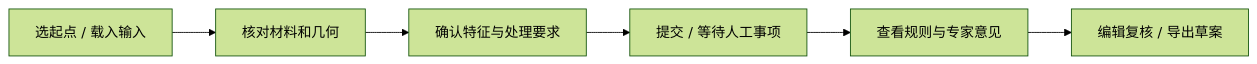
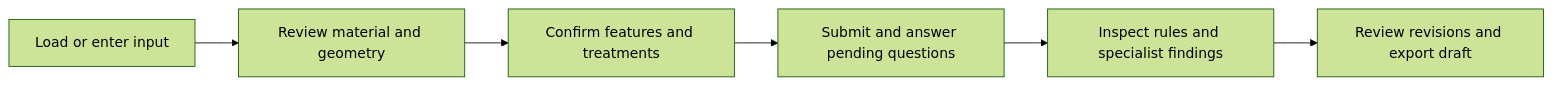
Before and after one commit to Taxueovo/Shaft-Machining-Planner: the diagram in docs/software-guide.md, drawn with Mermaid (forest theme). The commit also changed other lines of this file and 12 other files, not shown here.

````diff
--- a/docs/software-guide.md
+++ b/docs/software-guide.md
@@ -44,8 +49,8 @@
 ```mermaid
 flowchart LR
-  A[选起点 / 载入输入] --> B[核对材料和几何]
-  B --> C[确认特征与处理要求]
-  C --> D[提交 / 等待人工事项]
-  D --> E[查看规则与专家意见]
-  E --> F[编辑复核 / 导出草案]
+  A[Load or enter input] --> B[Review material and geometry]
+  B --> C[Confirm features and treatments]
+  C --> D[Submit and answer pending questions]
+  D --> E[Inspect rules and specialist findings]
+  E --> F[Review revisions and export draft]
 ```
````
